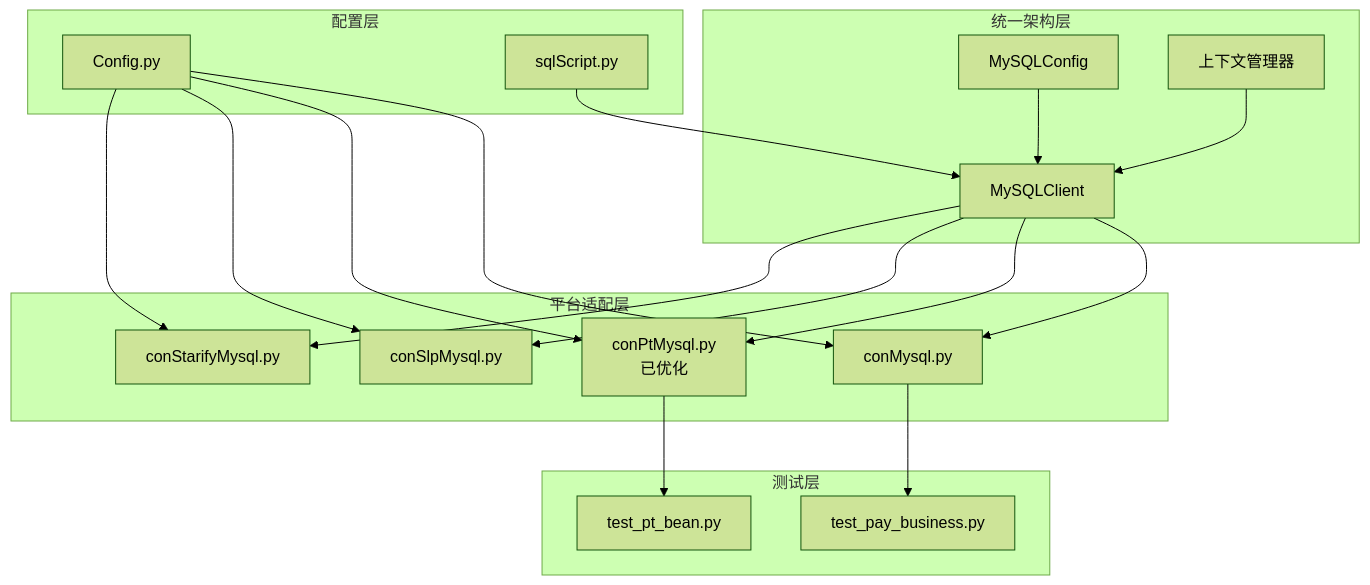
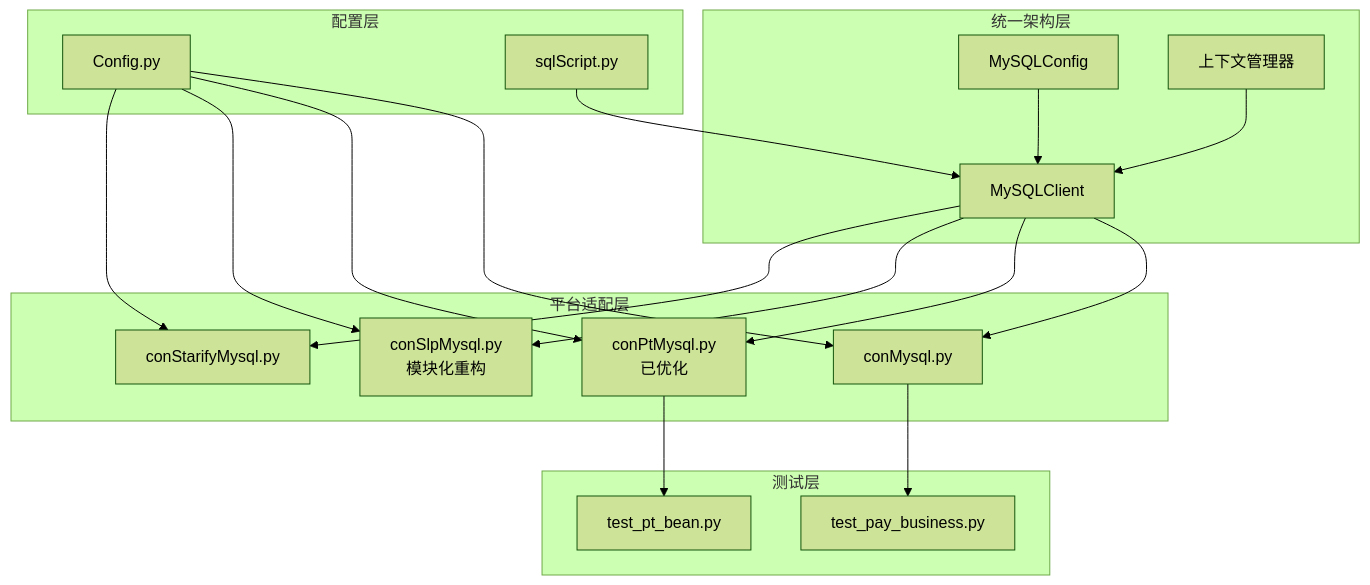
Before and after one commit to liximing1-ola/qa-payTest: diagram 12 of 17 in .qoder/repowiki/zh/content/数据库管理/MySQL连接管理.md, drawn with Mermaid (forest theme). The commit also changed other lines of this file and 6 other files, not shown here.

````diff
--- a/.qoder/repowiki/zh/content/数据库管理/MySQL连接管理.md
+++ b/.qoder/repowiki/zh/content/数据库管理/MySQL连接管理.md
@@ -433,35 +495,35 @@
 ```mermaid
 graph TB
 subgraph "统一架构层"
 UNIFIED[MySQLClient]
 CONFIG[MySQLConfig]
 CONTEXT[上下文管理器]
 end
 subgraph "平台适配层"
 CON_MYSQL[conMysql.py]
 CON_PT[conPtMysql.py<br/>已优化]
-CON_SLP[conSlpMysql.py]
+CON_SLP[conSlpMysql.py<br/>模块化重构]
 CON_STAR[conStarifyMysql.py]
 end
 subgraph "配置层"
 CONFIG_OBJ[Config.py]
 SQL_SCRIPT[sqlScript.py]
 end
 subgraph "测试层"
 TEST_BUSINESS[test_pay_business.py]
 TEST_PT[test_pt_bean.py]
 end
 UNIFIED --> CON_MYSQL
 UNIFIED --> CON_PT
 UNIFIED --> CON_SLP
 UNIFIED --> CON_STAR
 CONFIG --> UNIFIED
 CONTEXT --> UNIFIED
 CONFIG_OBJ --> CON_MYSQL
 CONFIG_OBJ --> CON_PT
 CONFIG_OBJ --> CON_SLP
 CONFIG_OBJ --> CON_STAR
 SQL_SCRIPT --> UNIFIED
 CON_MYSQL --> TEST_BUSINESS
 CON_PT --> TEST_PT
 ```
````
